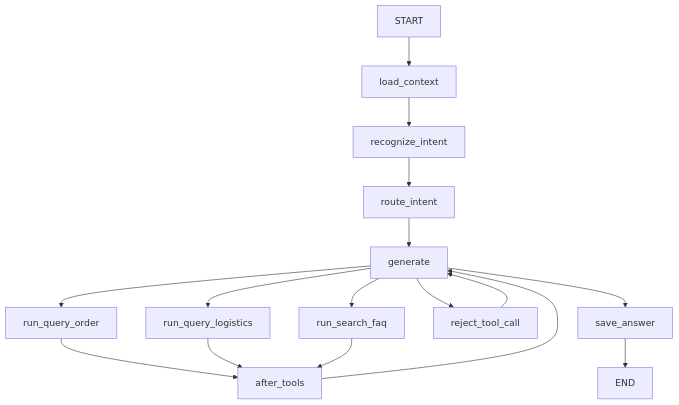
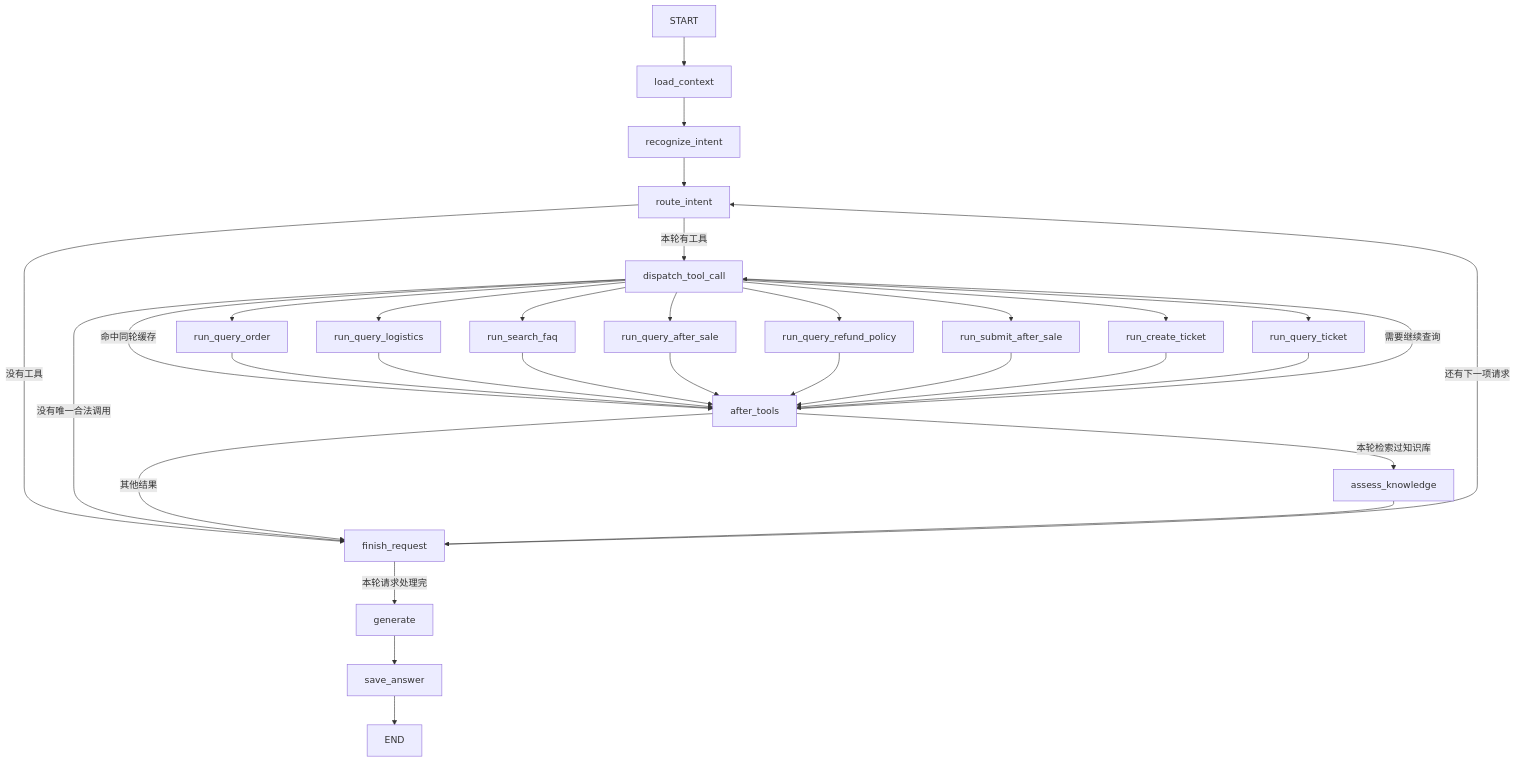
One commit to Tindalos-ik/Aiden changed the diagram in docs/Agent实现详解.md. Above: the diagram before and after it, drawn with Mermaid. The commit also changed other lines of this file and 9 other files, not shown here.

First line of the commit message:
docs: 补充 query_refund_policy 工具并同步退款与 Agent 文档

````diff
--- a/docs/Agent实现详解.md
+++ b/docs/Agent实现详解.md
@@ -67,18 +76,34 @@
 ```mermaid
 graph TD
     begin["START"] --> load_context["load_context"]
     load_context --> recognize_intent["recognize_intent"]
     recognize_intent --> route_intent["route_intent"]
-    route_intent --> generate["generate"]
-    generate --> run_query_order["run_query_order"]
-    generate --> run_query_logistics["run_query_logistics"]
-    generate --> run_search_faq["run_search_faq"]
-    run_query_order --> after_tools["after_tools"]
+    route_intent -->|本轮有工具| dispatch_tool_call["dispatch_tool_call"]
+    route_intent -->|没有工具| finish_request["finish_request"]
+    dispatch_tool_call --> run_query_order["run_query_order"]
+    dispatch_tool_call --> run_query_logistics["run_query_logistics"]
+    dispatch_tool_call --> run_search_faq["run_search_faq"]
+    dispatch_tool_call --> run_query_after_sale["run_query_after_sale"]
+    dispatch_tool_call --> run_query_refund_policy["run_query_refund_policy"]
+    dispatch_tool_call --> run_submit_after_sale["run_submit_after_sale"]
+    dispatch_tool_call --> run_create_ticket["run_create_ticket"]
+    dispatch_tool_call --> run_query_ticket["run_query_ticket"]
+    dispatch_tool_call -->|命中同轮缓存| after_tools["after_tools"]
+    dispatch_tool_call -->|没有唯一合法调用| finish_request
+    run_query_order --> after_tools
     run_query_logistics --> after_tools
     run_search_faq --> after_tools
-    after_tools --> generate
-    generate --> reject_tool_call["reject_tool_call"]
-    reject_tool_call --> generate
+    run_query_after_sale --> after_tools
+    run_query_refund_policy --> after_tools
+    run_submit_after_sale --> after_tools
+    run_create_ticket --> after_tools
+    run_query_ticket --> after_tools
+    after_tools -->|需要继续查询| dispatch_tool_call
+    after_tools -->|本轮检索过知识库| assess_knowledge["assess_knowledge"]
+    after_tools -->|其他结果| finish_request
+    assess_knowledge --> finish_request
+    finish_request -->|还有下一项请求| route_intent
+    finish_request -->|本轮请求处理完| generate["generate"]
     generate --> save_answer["save_answer"]
     save_answer --> finish["END"]
 ```
````
